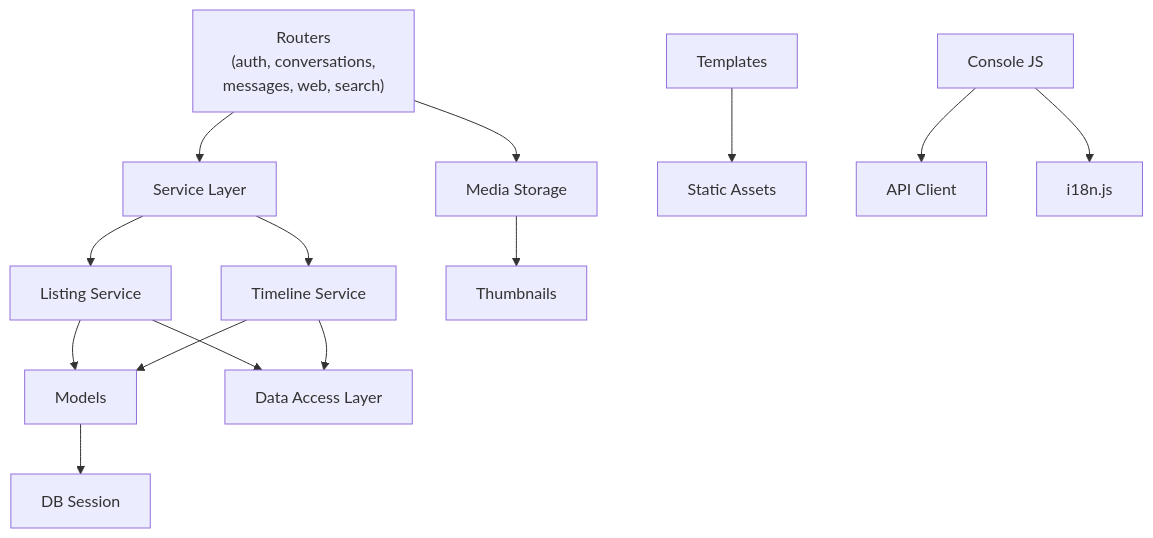
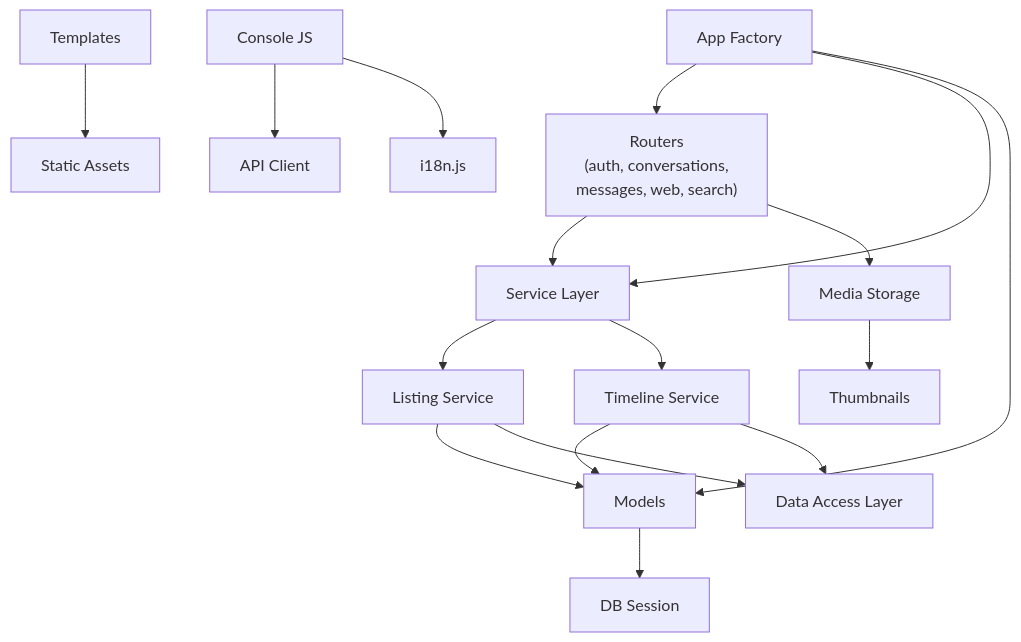
Before and after one commit to zuohaisu/wecom-archive: diagram 17 of 17 in .qoder/repowiki/en/content/Architecture/Web Application Architecture/Web Application Architecture.md, drawn with Mermaid. The commit also changed other lines of this file and 97 other files, not shown here.

````diff
--- a/.qoder/repowiki/en/content/Architecture/Web Application Architecture/Web Application Architecture.md
+++ b/.qoder/repowiki/en/content/Architecture/Web Application Architecture/Web Application Architecture.md
@@ -663,16 +671,19 @@
 ```mermaid
 graph TB
 Routers["Routers<br/>(auth, conversations,<br/>messages, web, search)"] --> Services["Service Layer"]
 Services --> ListingService["Listing Service"]
 Services --> TimelineService["Timeline Service"]
 ListingService --> Models["Models"]
 TimelineService --> Models
 Routers --> Storage["Media Storage"]
 Templates["Templates"] --> Static["Static Assets"]
 ConsoleJS["Console JS"] --> API["API Client"]
 ConsoleJS --> I18N["i18n.js"]
 Models --> Session["DB Session"]
 Storage --> Thumbnails["Thumbnails"]
 ListingService --> DataAccess["Data Access Layer"]
 TimelineService --> DataAccess
+Factory["App Factory"] --> Routers
+Factory --> Services
+Factory --> Models
 ```
````
